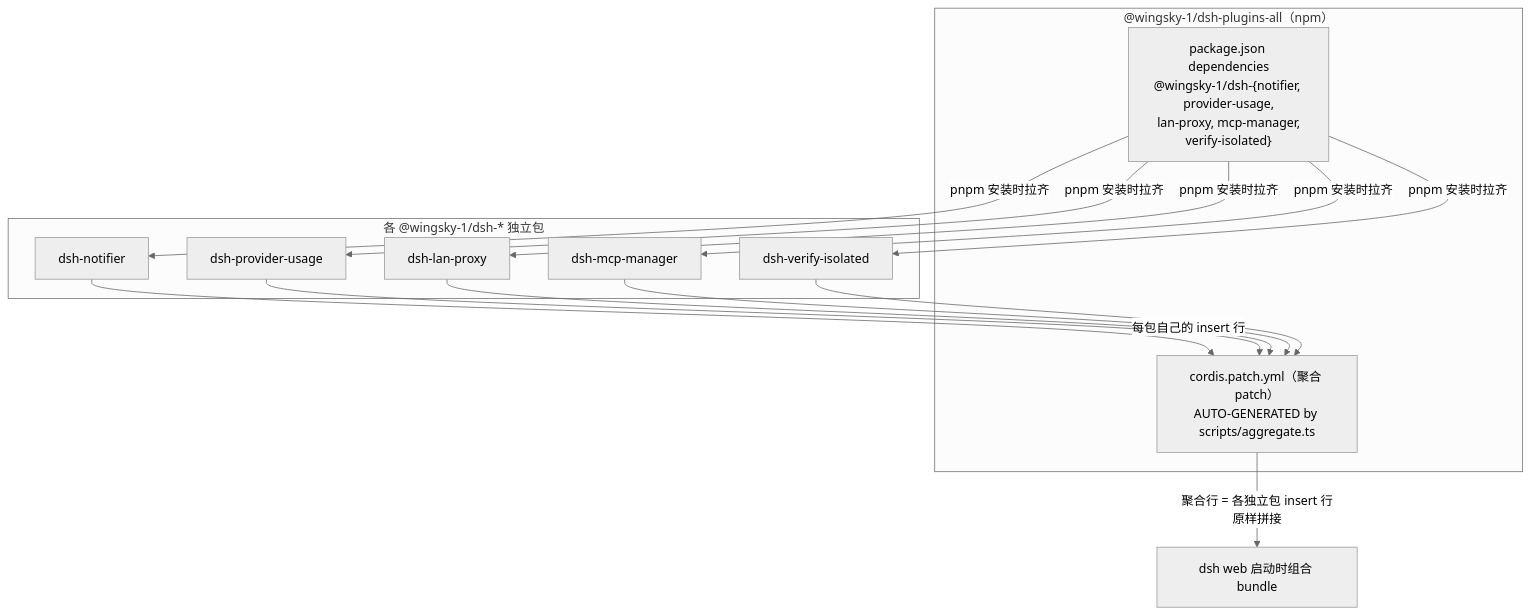
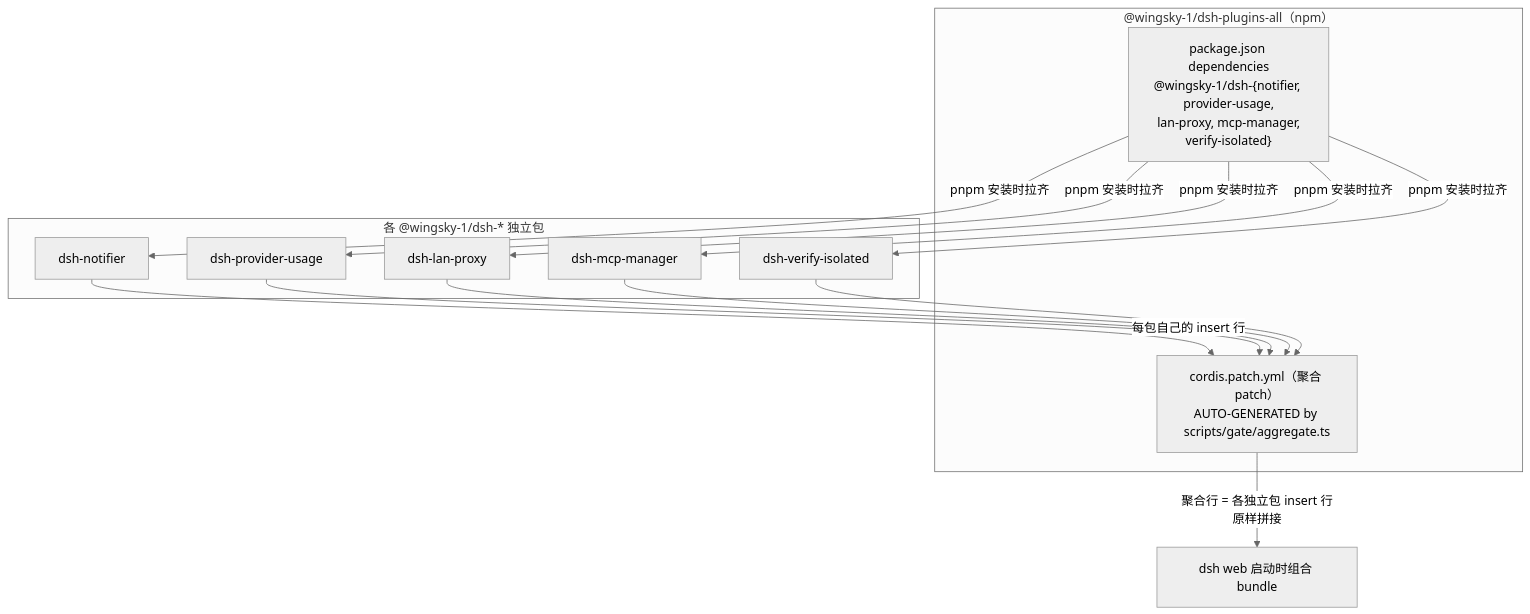
The diagram in docs/architecture/dsh-plugins-all.md (wingsky-1/dsh-plugin-hub), drawn with Mermaid (neutral theme) before and after one commit. The commit also changed other lines of this file and 7 other files, not shown here.

````diff
--- a/docs/architecture/dsh-plugins-all.md
+++ b/docs/architecture/dsh-plugins-all.md
@@ -13,23 +13,23 @@
 ```mermaid
 flowchart TD
     subgraph npm["@wingsky-1/dsh-plugins-all（npm）"]
         DEPS["package.json dependencies<br/>@wingsky-1/dsh-{notifier, provider-usage,<br/>lan-proxy, mcp-manager,<br/>verify-isolated}"]
-        PATCH["cordis.patch.yml（聚合 patch）<br/>AUTO-GENERATED by scripts/aggregate.ts"]
+        PATCH["cordis.patch.yml（聚合 patch）<br/>AUTO-GENERATED by scripts/gate/aggregate.ts"]
     end
 
     subgraph 独立包["各 @wingsky-1/dsh-* 独立包"]
         P1["dsh-notifier"]
         P2["dsh-provider-usage"]
         P3["dsh-lan-proxy"]
         P4["dsh-mcp-manager"]
         P5["dsh-verify-isolated"]
     end
 
     DEPS -->|"pnpm 安装时拉齐"| P1 & P2 & P3 & P4 & P5
     PATCH -->|"聚合行 = 各独立包 insert 行原样拼接"| LOADER["dsh web 启动时组合 bundle"]
     P1 -->|"每包自己的 insert 行"| PATCH
     P2 --> PATCH
     P3 --> PATCH
     P4 --> PATCH
     P5 --> PATCH
 ```
````
